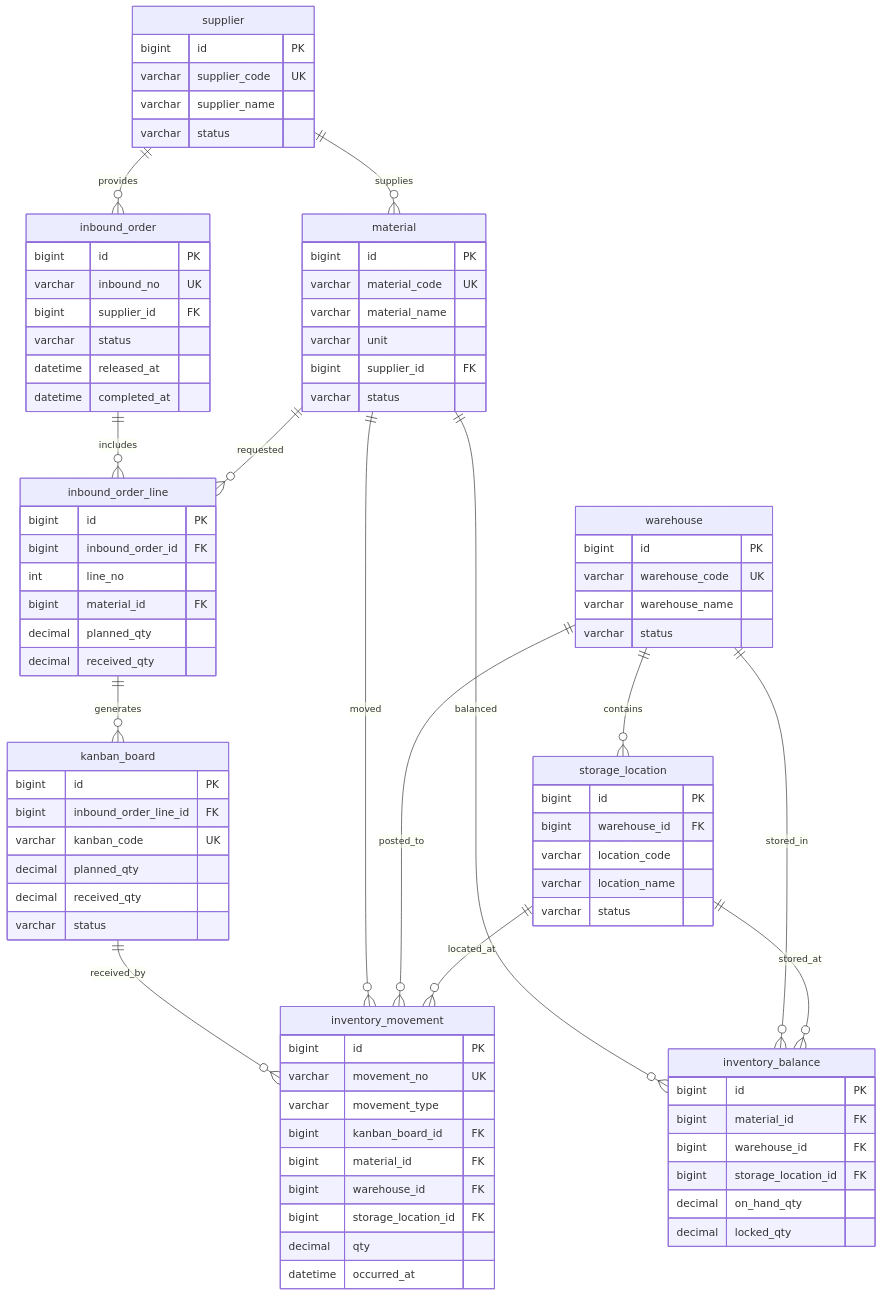
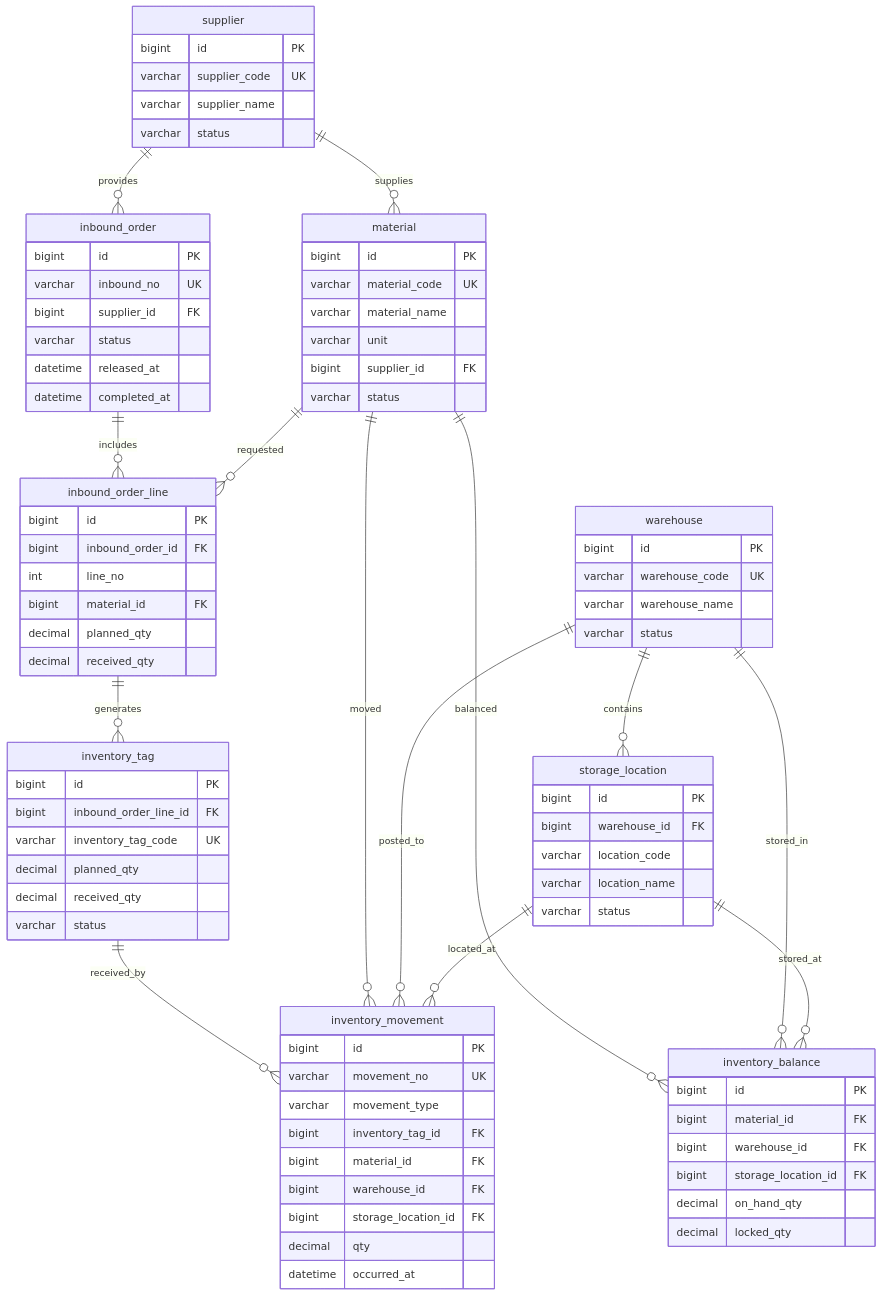
The diagram in docs/specs/2026-06-10-inbound-data-model-review.md (mistcoversmyeyes/SCUT-SoftWareDevelopTrain-Main), drawn with Mermaid before and after one commit. The commit also changed other lines of this file and 5 other files, not shown here.

```diff
--- a/docs/specs/2026-06-10-inbound-data-model-review.md
+++ b/docs/specs/2026-06-10-inbound-data-model-review.md
@@ -11,8 +11,8 @@
   warehouse ||--o{ storage_location : contains
   inbound_order ||--o{ inbound_order_line : includes
   material ||--o{ inbound_order_line : requested
-  inbound_order_line ||--o{ kanban_board : generates
-  kanban_board ||--o{ inventory_movement : received_by
+  inbound_order_line ||--o{ inventory_tag : generates
+  inventory_tag ||--o{ inventory_movement : received_by
   material ||--o{ inventory_movement : moved
   warehouse ||--o{ inventory_movement : posted_to
   storage_location ||--o{ inventory_movement : located_at
@@ -69,10 +69,10 @@
     decimal received_qty
   }
 
-  kanban_board {
+  inventory_tag {
     bigint id PK
     bigint inbound_order_line_id FK
-    varchar kanban_code UK
+    varchar inventory_tag_code UK
     decimal planned_qty
     decimal received_qty
     varchar status
@@ -82,7 +82,7 @@
     bigint id PK
     varchar movement_no UK
     varchar movement_type
-    bigint kanban_board_id FK
+    bigint inventory_tag_id FK
     bigint material_id FK
     bigint warehouse_id FK
     bigint storage_location_id FK
```
